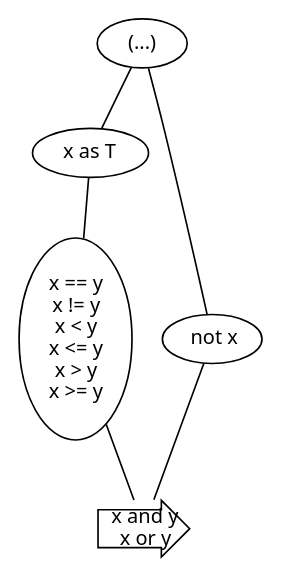
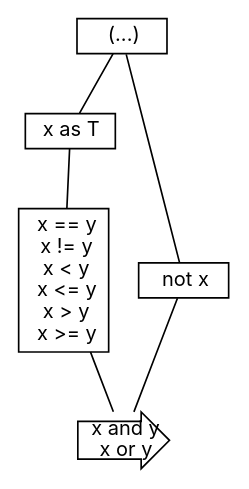
Before and after one commit to carbon-language/carbon-lang: the diagram in docs/design/expressions/scripts/precedence.dot, drawn with Graphviz. The commit also changed 8 other files, not shown here.

Commit message:
Switch away from graphviz module since it doesn't add much

```diff
--- a/docs/design/expressions/scripts/precedence.dot
+++ b/docs/design/expressions/scripts/precedence.dot
@@ -1,19 +1,24 @@
-// Part of the Carbon Language project, under the Apache License v2.0 with LLVM
-// Exceptions. See /LICENSE for license information.
-// SPDX-License-Identifier: Apache-2.0 WITH LLVM-exception
-// AUTO-GENERATED: use precedence.sh.
+# Part of the Carbon Language project, under the Apache License v2.0 with LLVM
+# Exceptions. See /LICENSE for license information.
+# SPDX-License-Identifier: Apache-2.0 WITH LLVM-exception
+
+# Auto-generated using precedence.sh.
 digraph {
-	graph [layout=dot rank=min rankdir=TB]
-	node [fontname="Segoe UI,Helvetica,Arial,sans-serif" fontsize=12 height=0]
-	edge [dir=none]
-	op1 [label=<(...)> shape=ellipse]
-	op2 [label=<x as T> shape=ellipse]
-	op3 [label=<x and y<br/>x or y> shape=rarrow]
-	op4 [label=<not x> shape=ellipse]
-	op5 [label=<x == y<br/>x != y<br/>x &lt; y<br/>x &lt;= y<br/>x &gt; y<br/>x &gt;= y> shape=ellipse]
-	op1 -> op2
-	op1 -> op4
-	op4 -> op3
-	op2 -> op5
-	op5 -> op3
+  layout = dot
+  rankdir = TB
+  rank = "min"
+  node [shape="none" fontsize="12" height="0"
+        fontname="BlinkMacSystemFont,Segoe UI,Helvetica,Arial,sans-serif"]
+  edge [dir="none"]
+
+  op1 [label=<(...)> shape="rect"]
+  op2 [label=<x as T> shape="rect"]
+  op3 [label=<x and y<br/>x or y> shape="rarrow"]
+  op4 [label=<not x> shape="rect"]
+  op5 [label=<x == y<br/>x != y<br/>x &lt; y<br/>x &lt;= y<br/>x &gt; y<br/>x &gt;= y> shape="rect"]
+  op1 -> op2
+  op1 -> op4
+  op4 -> op3
+  op2 -> op5
+  op5 -> op3
 }
```
